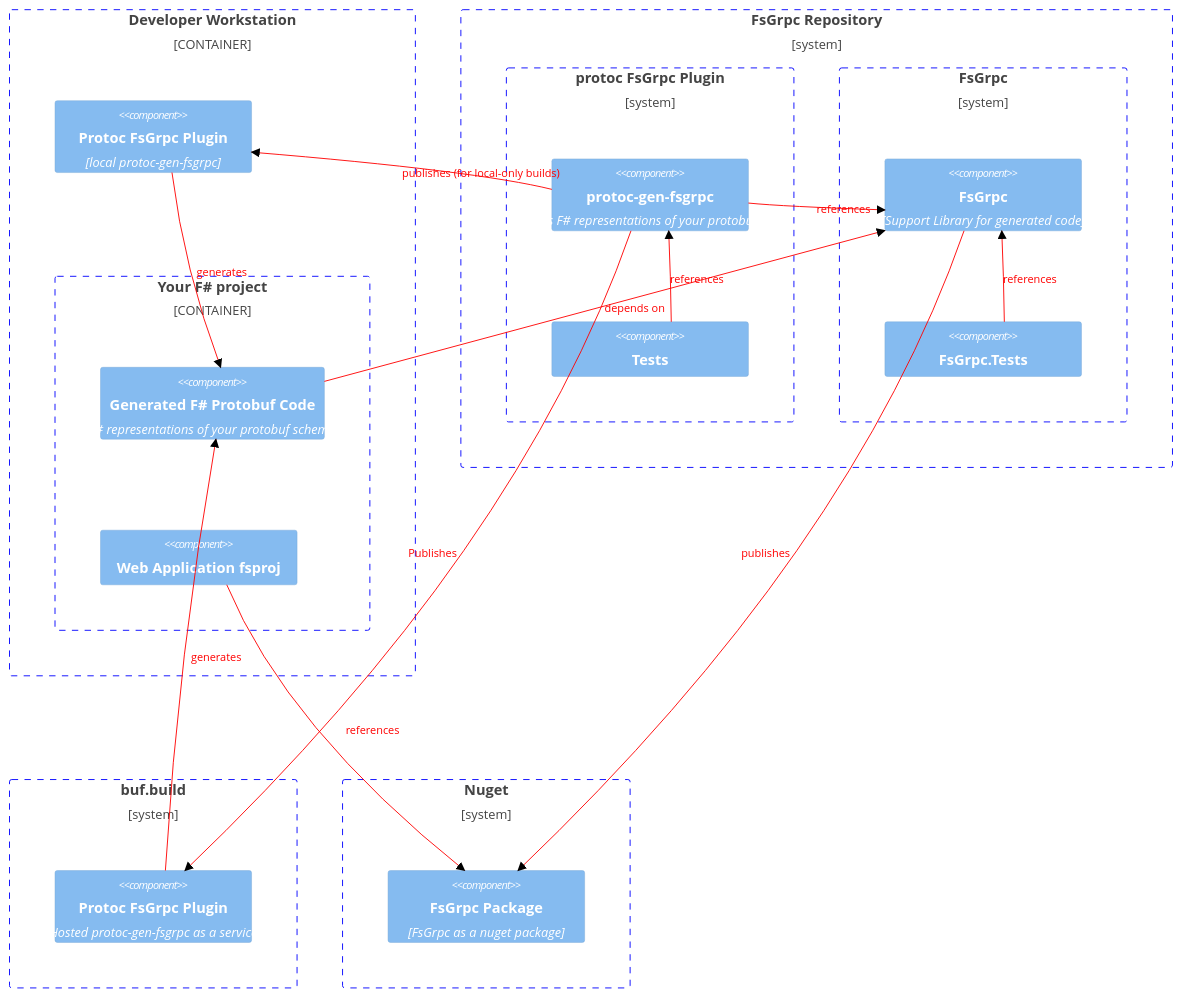
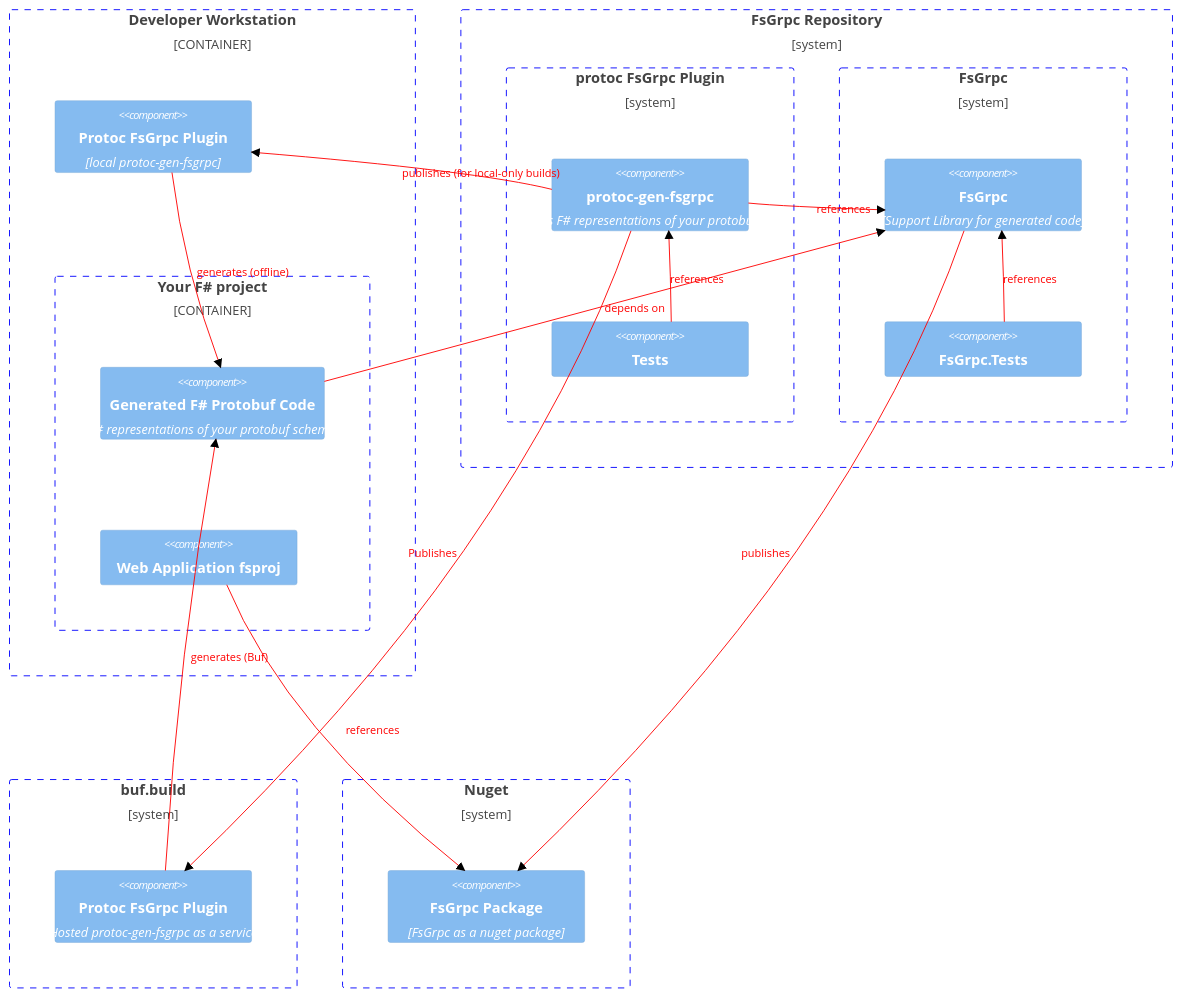
The second of 2 diagrams in README.md (dmgtech/fsgrpc), drawn with Mermaid (forest theme) before and after one commit. The commit also changed other lines of this file, not shown here.

Commit message:
update system diagrams and clean up serialization examples

````diff
--- a/README.md
+++ b/README.md
@@ -12,62 +172,61 @@
 ```mermaid
 
 C4Context
   Container_Boundary(workstation, "Developer Workstation", $link="https://github.com/plantuml-stdlib/C4-PlantUML") {
       Container_Boundary(your_fsharp_project, "Your F# project"){
           Component(generatedcode, "Generated F# Protobuf Code", "F# representations of your protobuf schema")
           Component(projectfile, "Web Application fsproj")
       }
       Component(protoc_fsgrpc_plugin_local, "Protoc FsGrpc Plugin", "local protoc-gen-fsgrpc")
   }
 
   Boundary(fsgrpc_repository, "FsGrpc Repository"){
      Boundary(protoc_component, "protoc FsGrpc Plugin"){
          Component(protoc_gen_fsgrpc,"protoc-gen-fsgrpc", "Generates F# representations of your protobuf schema")
          Component(protoc_gen_fsgrpc_tests, "Tests")
      }
      Boundary(fsgrpc_component, "FsGrpc"){
          Component(fsgrpc, "FsGrpc", "Support Library for generated code")
          Component(fsgrpc_tests, "FsGrpc.Tests")
      }
   }
 
   Boundary(buf, "buf.build"){
       Component(protoc_fsgrpc_plugin, "Protoc FsGrpc Plugin", "Hosted protoc-gen-fsgrpc as a service")
   }
 
   Boundary(nuget, "Nuget"){
       Component(fsgrpc_nuget, "FsGrpc Package", "FsGrpc as a nuget package")
   }
 
 
   UpdateElementStyle(workstation, $fontColor="blue", $borderColor="blue", $legendTest=" ")
   UpdateElementStyle(your_fsharp_project, $fontColor="blue", $borderColor="blue", $legendTest=" ")
   
   UpdateElementStyle(fsgrpc_repository, $fontColor="blue", $borderColor="blue", $legendTest=" ")
   UpdateElementStyle(protoc_component, $fontColor="blue", $borderColor="blue", $legendTest=" ")
   UpdateElementStyle(fsgrpc_component, $fontColor="blue", $borderColor="blue", $legendTest=" ")
   
   UpdateElementStyle(buf, $fontColor="blue", $borderColor="blue", $legendTest=" ")
   UpdateElementStyle(nuget, $fontColor="blue", $borderColor="blue", $legendTest=" ")
   Rel(generatedcode, fsgrpc, "depends on")
   UpdateRelStyle(generatedcode, fsgrpc, $textColor="red", $lineColor="red")
   Rel(fsgrpc, fsgrpc_nuget, "publishes")
   UpdateRelStyle(fsgrpc, fsgrpc_nuget, $textColor="red", $lineColor="red")
   Rel(protoc_gen_fsgrpc, protoc_fsgrpc_plugin, "Publishes")
   UpdateRelStyle(protoc_gen_fsgrpc, protoc_fsgrpc_plugin, $textColor="red", $lineColor="red")
   Rel(protoc_gen_fsgrpc, protoc_fsgrpc_plugin_local, "publishes (for local-only builds)")
   UpdateRelStyle(protoc_gen_fsgrpc, protoc_fsgrpc_plugin_local, $textColor="red", $lineColor="red")
-  Rel(protoc_fsgrpc_plugin, generatedcode, "generates")
+  Rel(protoc_fsgrpc_plugin, generatedcode, "generates (Buf)")
   UpdateRelStyle(protoc_fsgrpc_plugin, generatedcode, $textColor="red", $lineColor="red")
   Rel(projectfile, fsgrpc_nuget, "references")
   UpdateRelStyle(projectfile, fsgrpc_nuget, $textColor="red", $lineColor="red")
-  Rel(protoc_fsgrpc_plugin_local, generatedcode, "generates")
+  Rel(protoc_fsgrpc_plugin_local, generatedcode, "generates (offline)")
   UpdateRelStyle(protoc_fsgrpc_plugin_local, generatedcode, $textColor="red", $lineColor="red")
   Rel(protoc_gen_fsgrpc, fsgrpc, "references")
   UpdateRelStyle(protoc_gen_fsgrpc, fsgrpc, $textColor="red", $lineColor="red")
   Rel(fsgrpc_tests, fsgrpc, "references")
   UpdateRelStyle(fsgrpc_tests, fsgrpc, $textColor="red", $lineColor="red")
   Rel(protoc_gen_fsgrpc_tests, protoc_gen_fsgrpc, "references")
   UpdateRelStyle(protoc_gen_fsgrpc_tests, protoc_gen_fsgrpc, $textColor="red", $lineColor="red")
-
 ```
````
